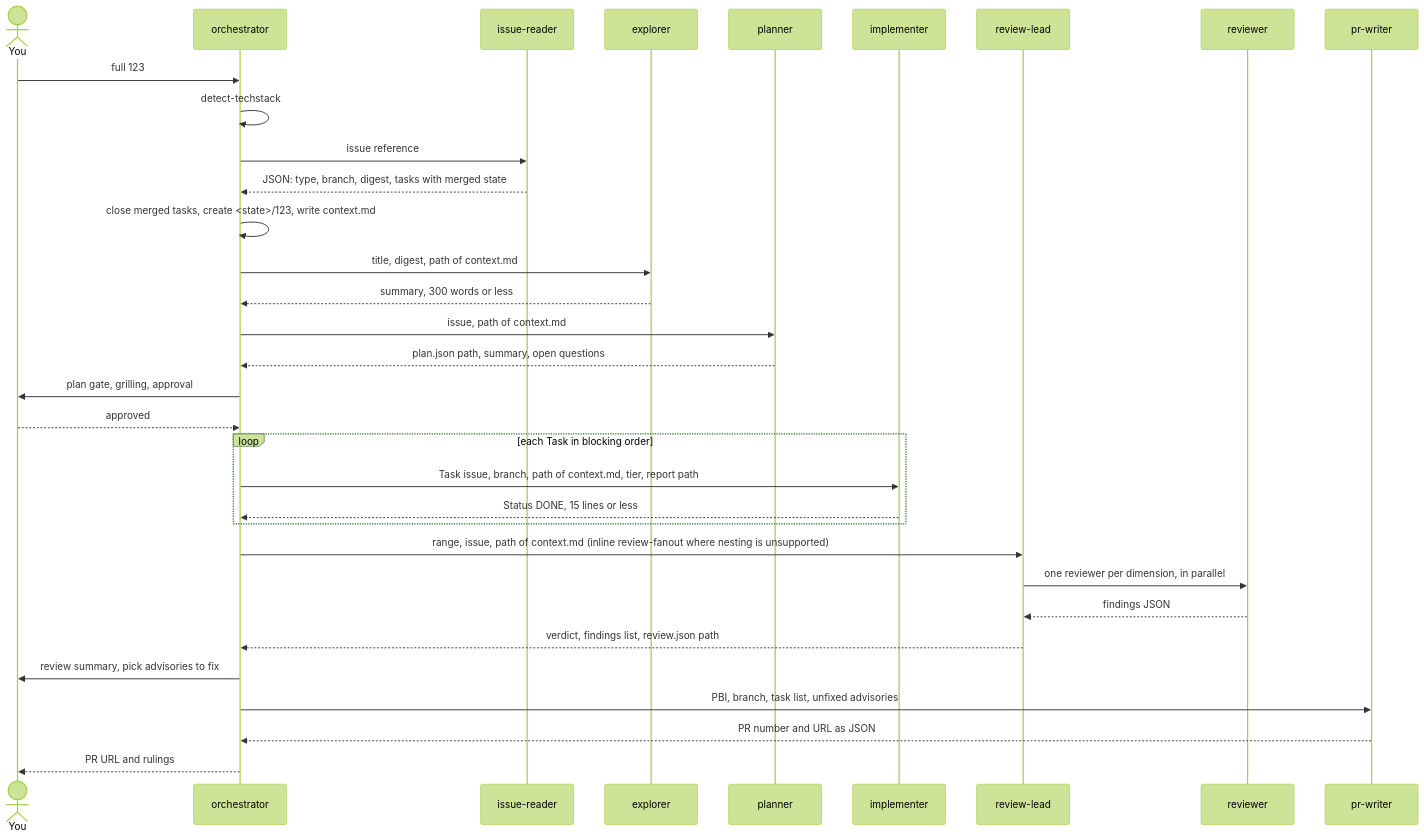
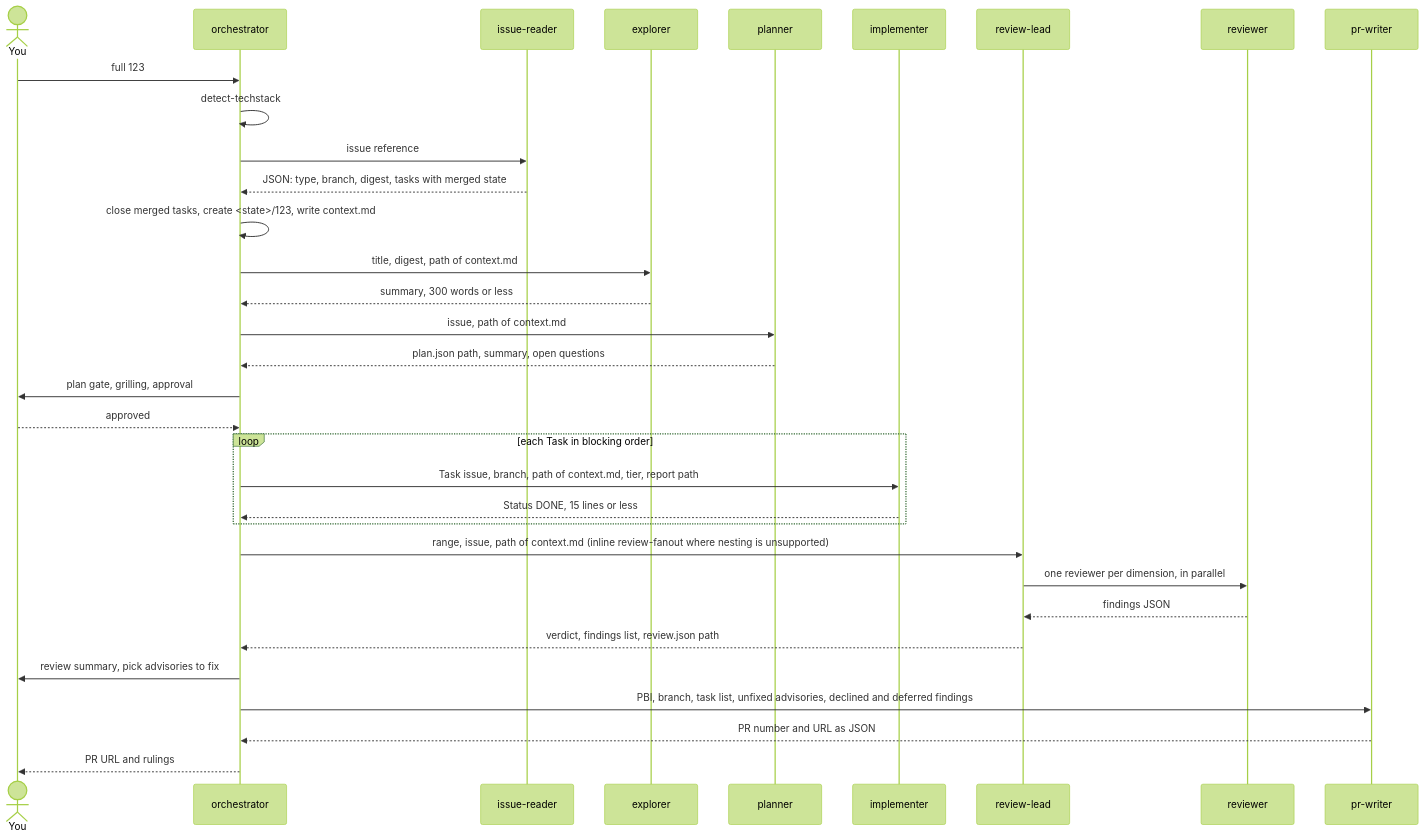
The third of 11 diagrams in docs/orchestrator.md (GravionLabs/apm-hub), drawn with Mermaid (forest theme) before and after one commit. The commit also changed other lines of this file and 11 other files, not shown here.

````diff
--- a/docs/orchestrator.md
+++ b/docs/orchestrator.md
@@ -93,35 +93,35 @@
 ```mermaid
 sequenceDiagram
     actor U as You
     participant O as orchestrator
     participant D as issue-reader
     participant E as explorer
     participant P as planner
     participant I as implementer
     participant L as review-lead
     participant R as reviewer
     participant W as pr-writer
     U->>O: full 123
     O->>O: detect-techstack
     O->>D: issue reference
     D-->>O: JSON: type, branch, digest, tasks with merged state
     O->>O: close merged tasks, create <state>/123, write context.md
     O->>E: title, digest, path of context.md
     E-->>O: summary, 300 words or less
     O->>P: issue, path of context.md
     P-->>O: plan.json path, summary, open questions
     O->>U: plan gate, grilling, approval
     U-->>O: approved
     loop each Task in blocking order
         O->>I: Task issue, branch, path of context.md, tier, report path
         I-->>O: Status DONE, 15 lines or less
     end
     O->>L: range, issue, path of context.md (inline review-fanout where nesting is unsupported)
     L->>R: one reviewer per dimension, in parallel
     R-->>L: findings JSON
     L-->>O: verdict, findings list, review.json path
     O->>U: review summary, pick advisories to fix
-    O->>W: PBI, branch, task list, unfixed advisories
+    O->>W: PBI, branch, task list, unfixed advisories, declined and deferred findings
     W-->>O: PR number and URL as JSON
     O-->>U: PR URL and rulings
 ```
````
